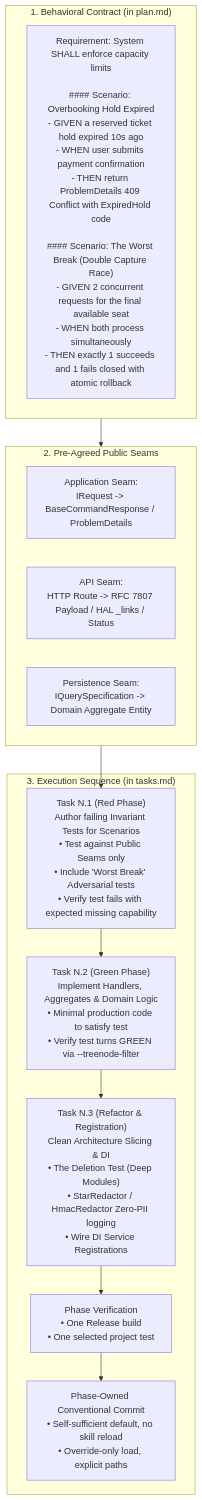
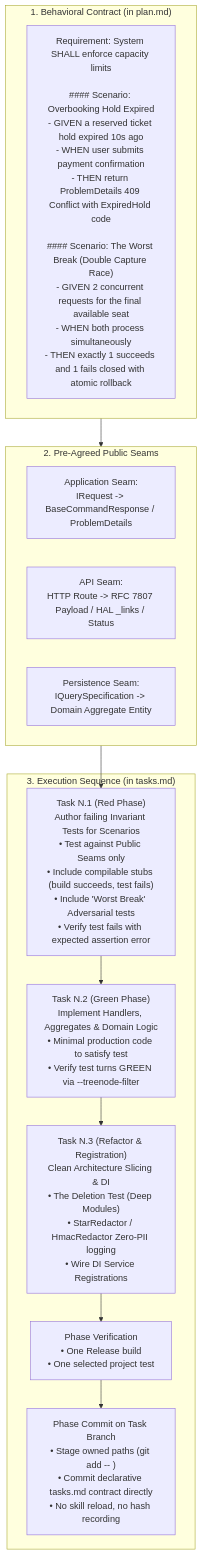
One commit to islamu-ngo/Explore changed the sixth of 8 diagrams in docs/internal/AGENTIC_CONTEXT_ENGINEERING.md. Above: the diagram before and after it, drawn with Mermaid. The commit also changed other lines of this file and 12 other files, not shown here.

First line of the commit message:
docs(architecture): align agent workflow skills and context engineering for single-session execution

````diff
--- a/docs/internal/AGENTIC_CONTEXT_ENGINEERING.md
+++ b/docs/internal/AGENTIC_CONTEXT_ENGINEERING.md
@@ -315,27 +305,27 @@
 ```mermaid
 flowchart TD
     subgraph PlanContract["1. Behavioral Contract (in plan.md)"]
         SpecDoc["Requirement: System SHALL enforce capacity limits\n\n#### Scenario: Overbooking Hold Expired\n- GIVEN a reserved ticket hold expired 10s ago\n- WHEN user submits payment confirmation\n- THEN return ProblemDetails 409 Conflict with ExpiredHold code\n\n#### Scenario: The Worst Break (Double Capture Race)\n- GIVEN 2 concurrent requests for the final available seat\n- WHEN both process simultaneously\n- THEN exactly 1 succeeds and 1 fails closed with atomic rollback"]
     end
 
     subgraph SeamDefinitions["2. Pre-Agreed Public Seams"]
         AppSeam["Application Seam:\nIRequest<T> -> BaseCommandResponse<T> / ProblemDetails"]
         ApiSeam["API Seam:\nHTTP Route -> RFC 7807 Payload / HAL _links / Status"]
         PersistSeam["Persistence Seam:\nIQuerySpecification<T> -> Domain Aggregate Entity"]
     end
 
     subgraph RedGreenRefactor["3. Execution Sequence (in tasks.md)"]
-        RedPhase["Task N.1 (Red Phase)\nAuthor failing Invariant Tests for Scenarios\n• Test against Public Seams only\n• Include 'Worst Break' Adversarial tests\n• Verify test fails with expected missing capability"]
+        RedPhase["Task N.1 (Red Phase)\nAuthor failing Invariant Tests for Scenarios\n• Test against Public Seams only\n• Include compilable stubs (build succeeds, test fails)\n• Include 'Worst Break' Adversarial tests\n• Verify test fails with expected assertion error"]
         GreenPhase["Task N.2 (Green Phase)\nImplement Handlers, Aggregates & Domain Logic\n• Minimal production code to satisfy test\n• Verify test turns GREEN via --treenode-filter"]
         RefactorPhase["Task N.3 (Refactor & Registration)\nClean Architecture Slicing & DI\n• The Deletion Test (Deep Modules)\n• StarRedactor / HmacRedactor Zero-PII logging\n• Wire DI Service Registrations"]
         VerificationPhase["Phase Verification\n• One Release build\n• One selected project test"]
-        CommitPhase["Phase-Owned Conventional Commit\n• Self-sufficient default, no skill reload\n• Override-only load, explicit paths"]
+        CommitPhase["Phase Commit on Task Branch\n• Stage owned paths (git add -- <paths>)\n• Commit declarative tasks.md contract directly\n• No skill reload, no hash recording"]
     end
 
     PlanContract --> SeamDefinitions
     SeamDefinitions --> RedPhase
     RedPhase --> GreenPhase
     GreenPhase --> RefactorPhase
     RefactorPhase --> VerificationPhase
     VerificationPhase --> CommitPhase
 ```
````
